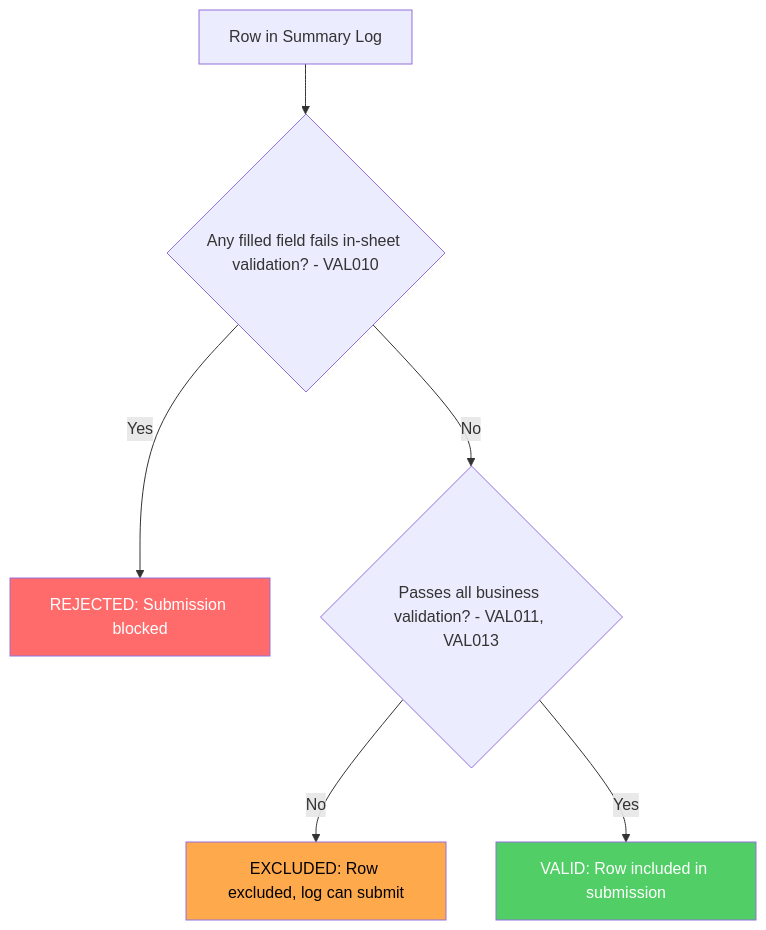
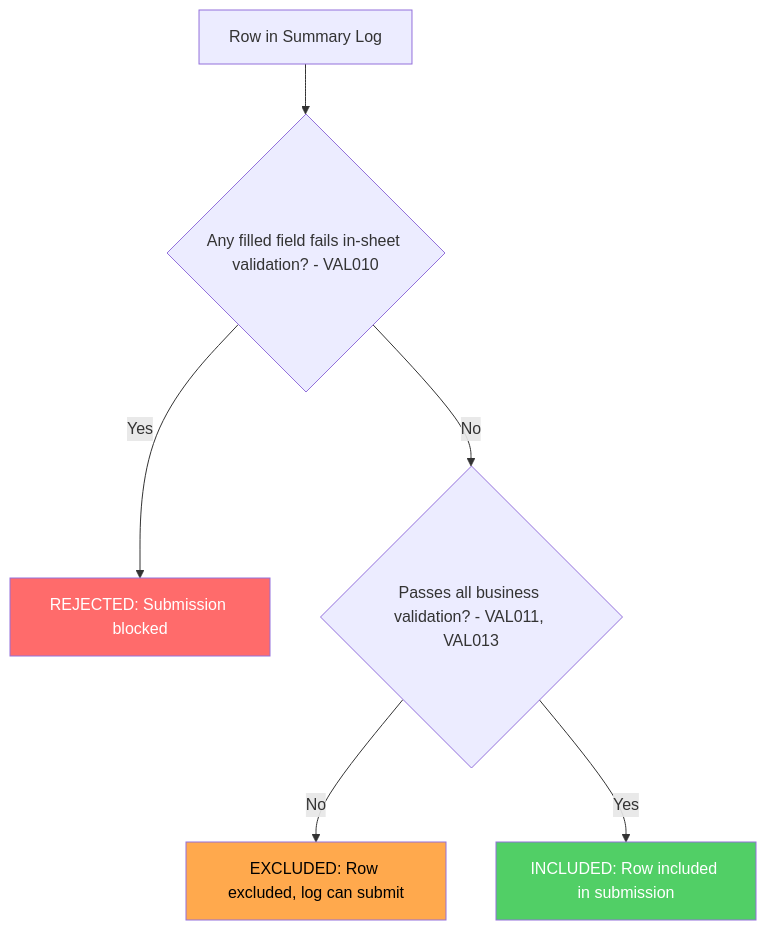
One commit to DEFRA/epr-re-ex-service changed the diagram in docs/architecture/defined/summary-log-row-validation-classification.md. Above: the diagram before and after it, drawn with Mermaid. The commit also changed other lines of this file, not shown here.

Commit message:
docs: rename VALID to INCLUDED for symmetry with EXCLUDED

````diff
--- a/docs/architecture/defined/summary-log-row-validation-classification.md
+++ b/docs/architecture/defined/summary-log-row-validation-classification.md
@@ -57,14 +57,14 @@
 ```mermaid
 flowchart TD
     A[Row in Summary Log] --> B{Any filled field fails in-sheet validation? - VAL010}
 
     B -->|Yes| REJECTED["REJECTED: Submission blocked"]
     B -->|No| C{Passes all business validation? - VAL011, VAL013}
 
     C -->|No| EXCLUDED["EXCLUDED: Row excluded, log can submit"]
-    C -->|Yes| VALID["VALID: Row included in submission"]
+    C -->|Yes| INCLUDED["INCLUDED: Row included in submission"]
 
     style REJECTED fill:#ff6b6b,color:#fff
     style EXCLUDED fill:#ffa94d,color:#000
-    style VALID fill:#51cf66,color:#fff
+    style INCLUDED fill:#51cf66,color:#fff
 ```
````
